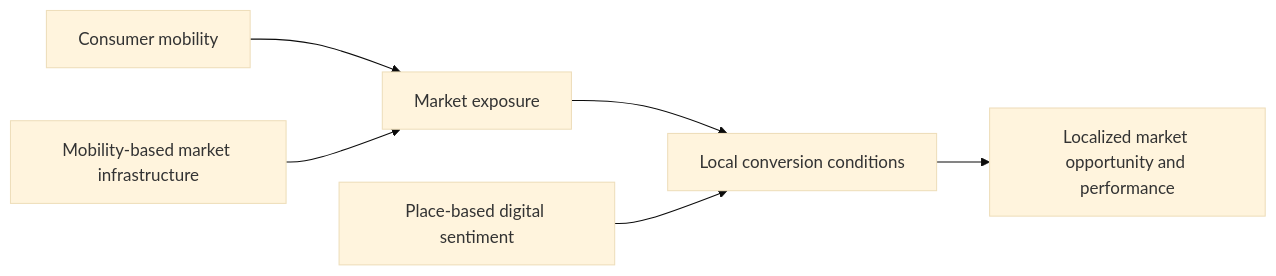
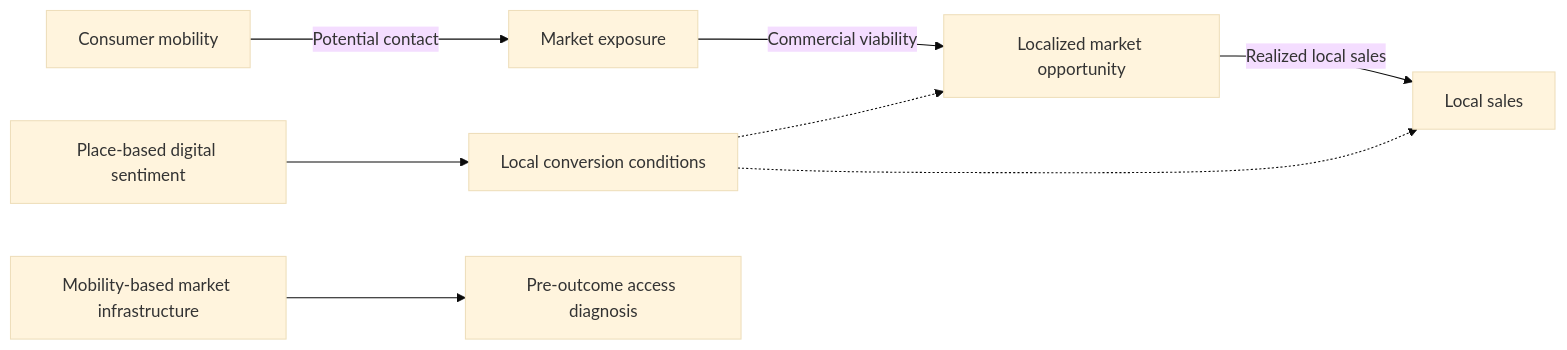
Before and after one commit to RPAlbuquerque/consumer-mobility-dissertation: the diagram in README.md, drawn with Mermaid (base theme). The commit also changed other lines of this file, not shown here.

Commit message:
Revise dissertation overview and chapter details
Updated the dissertation overview to clarify the relationship between consumer mobility, market exposure, and local sales. Revised chapter titles and descriptions for clarity and accuracy.

````diff
--- a/README.md
+++ b/README.md
@@ -15,8 +17,10 @@
 ```mermaid
 flowchart LR
-    A["Consumer mobility"] --> B["Market exposure"]
-    B --> C["Local conversion conditions"]
-    C --> D["Localized market opportunity and performance"]
-    E["Mobility-based market infrastructure"] --> B
-    F["Place-based digital sentiment"] --> C
+    A["Consumer mobility"] -->|"Potential contact"| B["Market exposure"]
+    B -->|"Commercial viability"| C["Localized market opportunity"]
+    C -->|"Realized local sales"| D["Local sales"]
+    E["Local conversion conditions"] -.-> C
+    E -.-> D
+    F["Place-based digital sentiment"] --> E
+    G["Mobility-based market infrastructure"] --> H["Pre-outcome access diagnosis"]
 ```
````
